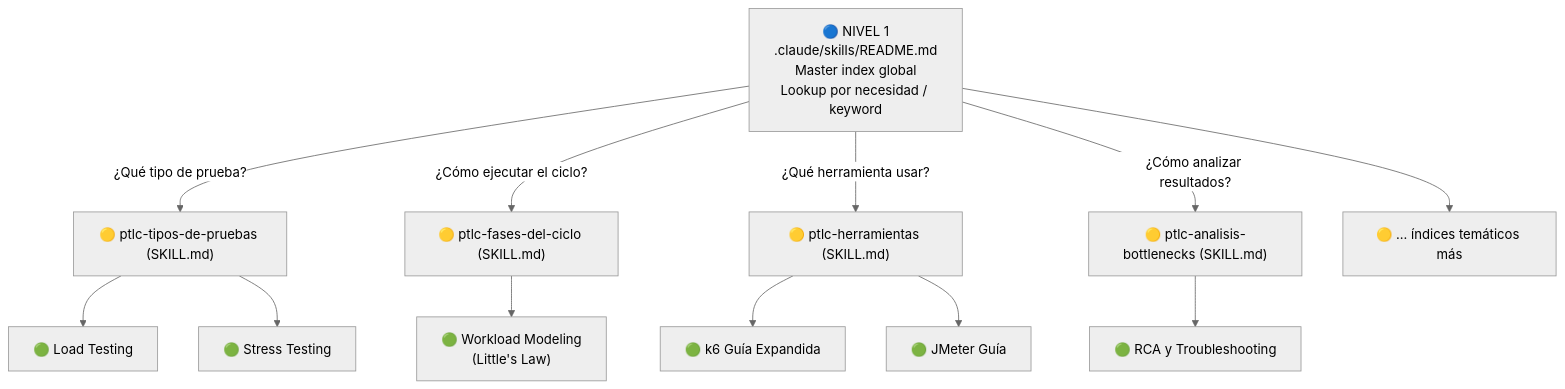
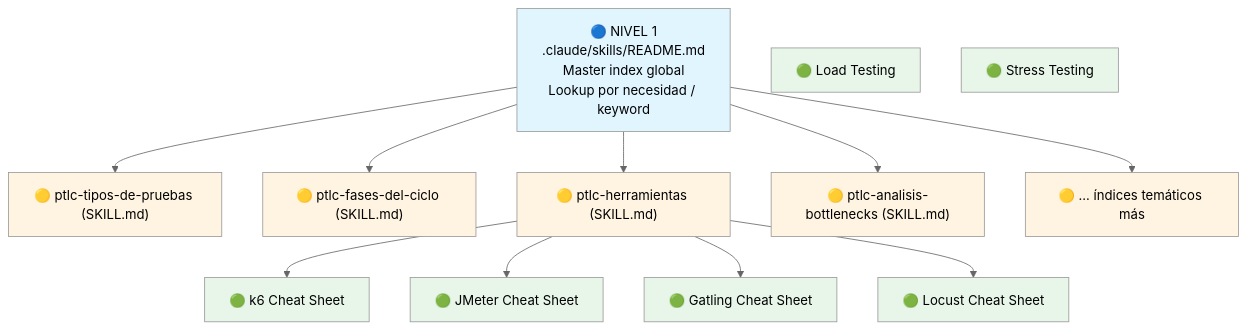
The sixth of 6 diagrams in .claude/skills/ptlc-arquitectura-mapas/MAP.md (criquil/Intelligent_Performance_Test_Orchstrator), drawn with Mermaid (neutral theme) before and after one commit. The commit also changed other lines of this file and 28 other files, not shown here.

````diff
--- a/.claude/skills/ptlc-arquitectura-mapas/MAP.md
+++ b/.claude/skills/ptlc-arquitectura-mapas/MAP.md
@@ -287,30 +279,41 @@
 ```mermaid
 graph TD
     N1["🔵 NIVEL 1\n.claude/skills/README.md\nMaster index global\nLookup por necesidad / keyword"]
 
     N2A["🟡 ptlc-tipos-de-pruebas (SKILL.md)"]
     N2B["🟡 ptlc-fases-del-ciclo (SKILL.md)"]
     N2C["🟡 ptlc-herramientas (SKILL.md)"]
     N2D["🟡 ptlc-analisis-bottlenecks (SKILL.md)"]
     N2E["🟡 ... índices temáticos más"]
 
     N3A["🟢 Load Testing"]
     N3B["🟢 Stress Testing"]
-    N3C["🟢 k6 Guía Expandida"]
-    N3D["🟢 JMeter Guía"]
-    N3E["🟢 RCA y Troubleshooting"]
-    N3F["🟢 Workload Modeling\n(Little's Law)"]
+    N3C["🟢 k6 Cheat Sheet"]
+    N3D["🟢 JMeter Cheat Sheet"]
+    N3E["🟢 Gatling Cheat Sheet"]
+    N3F["🟢 Locust Cheat Sheet"]
 
-    N1 -->|"¿Qué tipo de prueba?"| N2A
-    N1 -->|"¿Cómo ejecutar el ciclo?"| N2B
-    N1 -->|"¿Qué herramienta usar?"| N2C
-    N1 -->|"¿Cómo analizar resultados?"| N2D
+    N1 --> N2A
+    N1 --> N2B
+    N1 --> N2C
+    N1 --> N2D
     N1 --> N2E
 
-    N2A --> N3A
-    N2A --> N3B
     N2C --> N3C
     N2C --> N3D
-    N2D --> N3E
-    N2B --> N3F
+    N2C --> N3E
+    N2C --> N3F
+
+    style N1 fill:#e1f5ff
+    style N2A fill:#fff4e1
+    style N2B fill:#fff4e1
+    style N2C fill:#fff4e1
+    style N2D fill:#fff4e1
+    style N2E fill:#fff4e1
+    style N3A fill:#e8f5e9
+    style N3B fill:#e8f5e9
+    style N3C fill:#e8f5e9
+    style N3D fill:#e8f5e9
+    style N3E fill:#e8f5e9
+    style N3F fill:#e8f5e9
 ```
````
